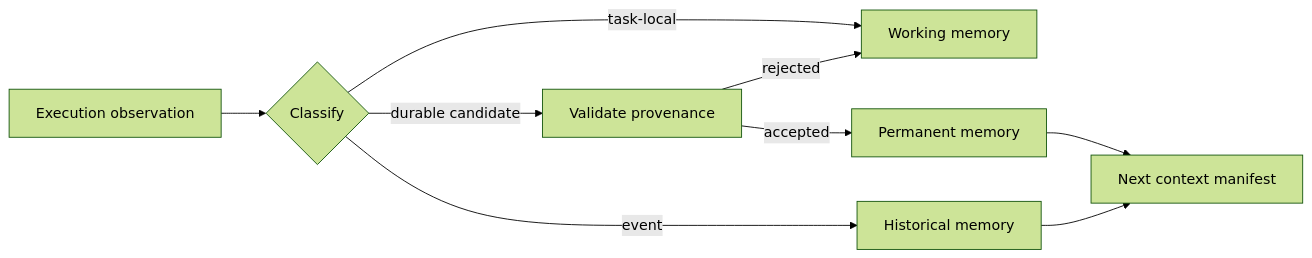
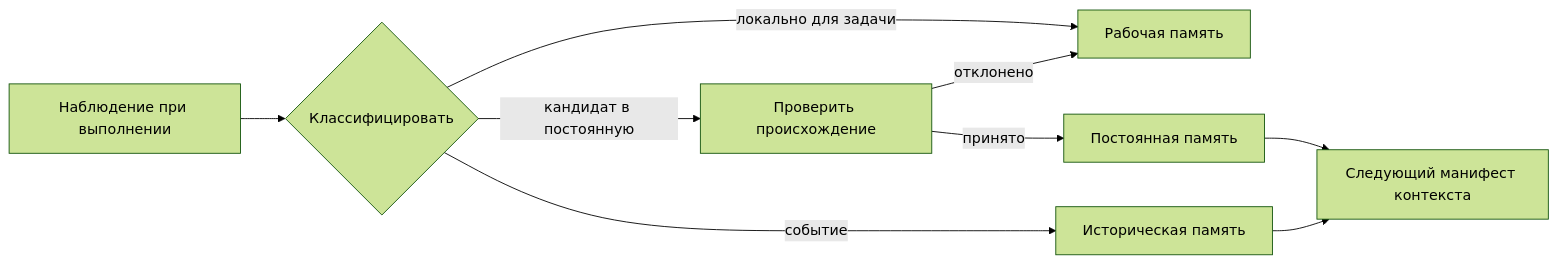
The diagram in diagrams/memory-flow.md (kitay-sudo/vectra), drawn with Mermaid (forest theme) before and after one commit. The commit also changed other lines of this file and 63 other files, not shown here.

````diff
--- a/diagrams/memory-flow.md
+++ b/diagrams/memory-flow.md
@@ -3,11 +3,11 @@
 ```mermaid
 flowchart LR
-  E["Execution observation"] --> C{"Classify"}
-  C -->|task-local| W["Working memory"]
-  C -->|durable candidate| V["Validate provenance"]
-  C -->|event| H["Historical memory"]
-  V -->|accepted| P["Permanent memory"]
-  V -->|rejected| W
-  P --> X["Next context manifest"]
+  E["Наблюдение при выполнении"] --> C{"Классифицировать"}
+  C -->|локально для задачи| W["Рабочая память"]
+  C -->|кандидат в постоянную| V["Проверить происхождение"]
+  C -->|событие| H["Историческая память"]
+  V -->|принято| P["Постоянная память"]
+  V -->|отклонено| W
+  P --> X["Следующий манифест контекста"]
   H --> X
 ```
````
